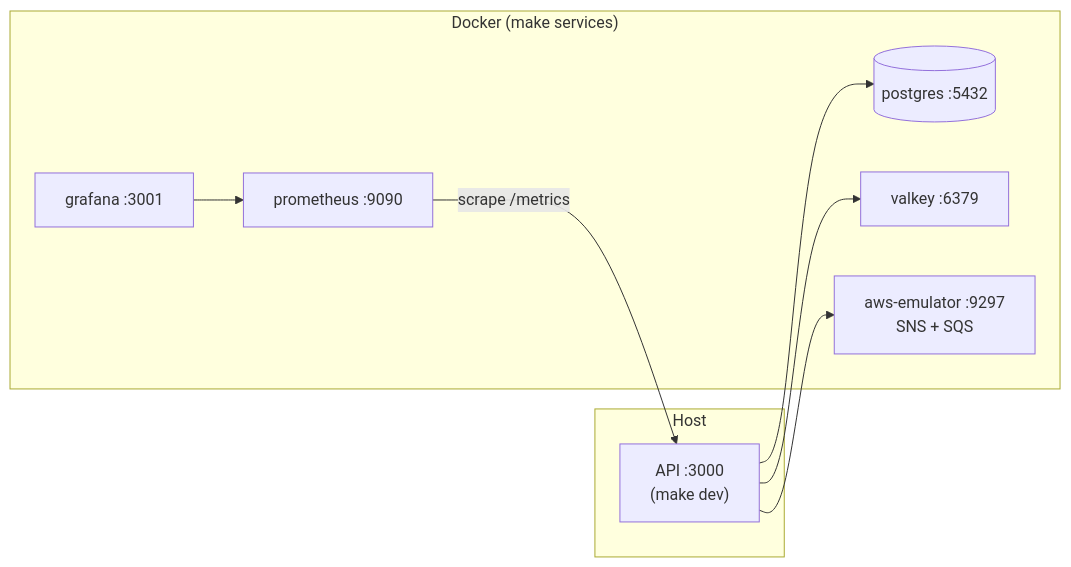
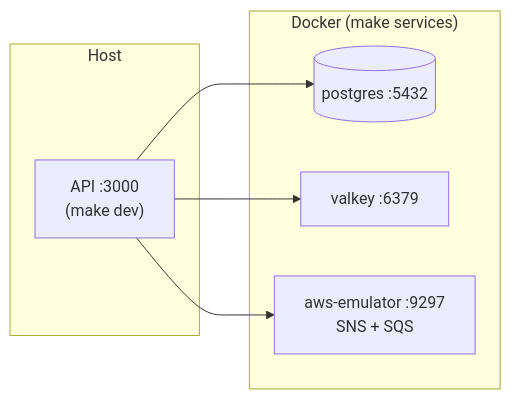
One commit to Samuel0023/cocos-challenge changed the diagram in docs/local-setup.md. Above: the diagram before and after it, drawn with Mermaid. The commit also changed other lines of this file and 13 other files, not shown here.

````diff
--- a/docs/local-setup.md
+++ b/docs/local-setup.md
@@ -12,18 +12,14 @@
 ```mermaid
 flowchart LR
   subgraph HOST["Host"]
     API["API :3000<br/>(make dev)"]
   end
   subgraph DOCKER["Docker (make services)"]
     PG[("postgres :5432")]
     VK["valkey :6379"]
     EM["aws-emulator :9297<br/>SNS + SQS"]
-    PR["prometheus :9090"]
-    GR["grafana :3001"]
   end
   API --> PG
   API --> VK
   API --> EM
-  PR -- "scrape /metrics" --> API
-  GR --> PR
 ```
````
